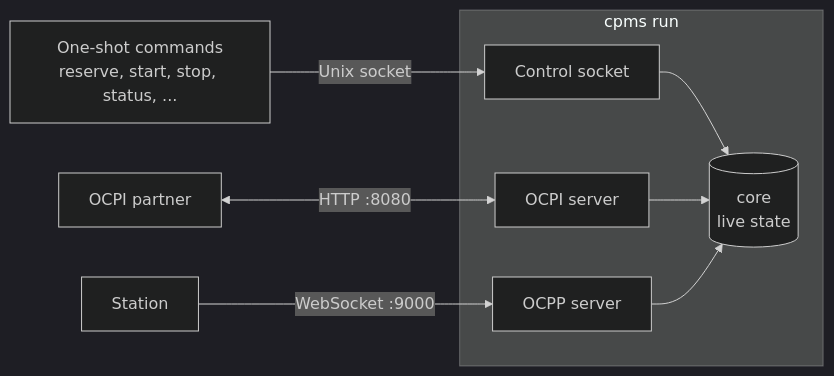
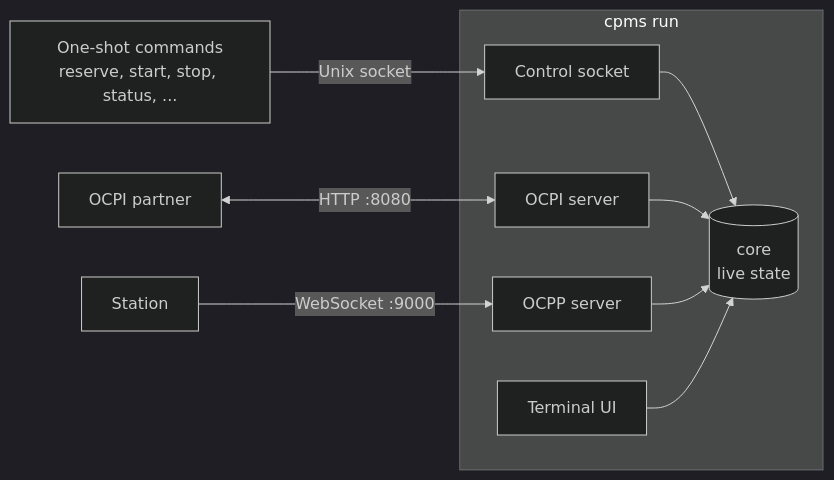
The diagram in docs/concepts.md (wolffseb/headless-csms), drawn with Mermaid (dark theme) before and after one commit. The commit also changed other lines of this file and 14 other files, not shown here.

````diff
--- a/docs/concepts.md
+++ b/docs/concepts.md
@@ -18,20 +18,22 @@
 ```mermaid
 flowchart LR
     cli["One-shot commands<br/>reserve, start, stop, status, ..."]
     partner["OCPI partner"]
     station["Station"]
 
     subgraph run ["cpms run"]
         sock["Control socket"]
         ocpi["OCPI server"]
         csms["OCPP server"]
         core[("core<br/>live state")]
+        ui["Terminal UI"]
     end
 
     cli -- "Unix socket" --> sock
     partner <-- "HTTP :8080" --> ocpi
     station -- "WebSocket :9000" --> csms
     sock --> core
     ocpi --> core
     csms --> core
+    ui --> core
 ```
````
